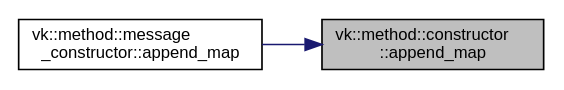
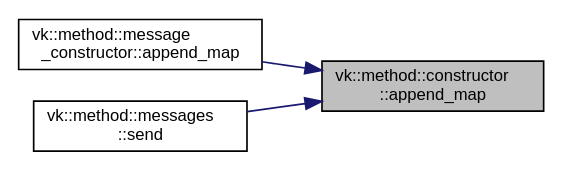
Before and after one commit to edgjj/cpp_vk_lib: the diagram in docs/classvk_1_1method_1_1constructor_aad83ff8cf0ee5e20f5b768a83583a5b6_icgraph.dot, drawn with Graphviz. The commit also changed 466 other files, not shown here.

```diff
--- a/docs/classvk_1_1method_1_1constructor_aad83ff8cf0ee5e20f5b768a83583a5b6_icgraph.dot
+++ b/docs/classvk_1_1method_1_1constructor_aad83ff8cf0ee5e20f5b768a83583a5b6_icgraph.dot
@@ -1,10 +1,12 @@
 digraph "vk::method::constructor::append_map"
 {
  // LATEX_PDF_SIZE
   edge [fontname="Helvetica",fontsize="10",labelfontname="Helvetica",labelfontsize="10"];
   node [fontname="Helvetica",fontsize="10",shape=record];
   rankdir="RL";
   Node1 [label="vk::method::constructor\l::append_map",height=0.2,width=0.4,color="black", fillcolor="grey75", style="filled", fontcolor="black",tooltip=" "];
   Node1 -> Node2 [dir="back",color="midnightblue",fontsize="10",style="solid",fontname="Helvetica"];
   Node2 [label="vk::method::message\l_constructor::append_map",height=0.2,width=0.4,color="black", fillcolor="white", style="filled",URL="$classvk_1_1method_1_1message__constructor.html#a083064906ab2b217a5a7f02380c31ee3",tooltip=" "];
+  Node1 -> Node3 [dir="back",color="midnightblue",fontsize="10",style="solid",fontname="Helvetica"];
+  Node3 [label="vk::method::messages\l::send",height=0.2,width=0.4,color="black", fillcolor="white", style="filled",URL="$classvk_1_1method_1_1messages.html#a75546f5130515fe6fc957d8e378caee4",tooltip=" "];
 }
```
